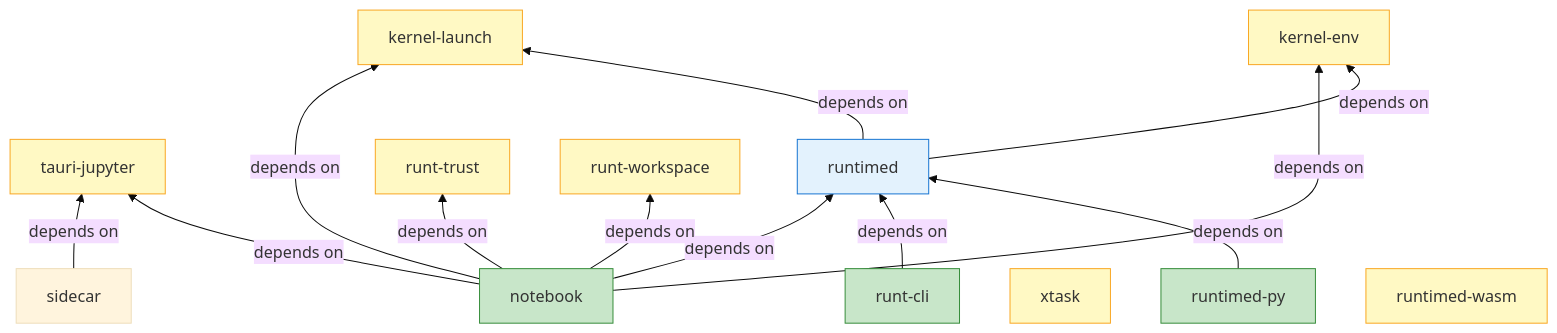
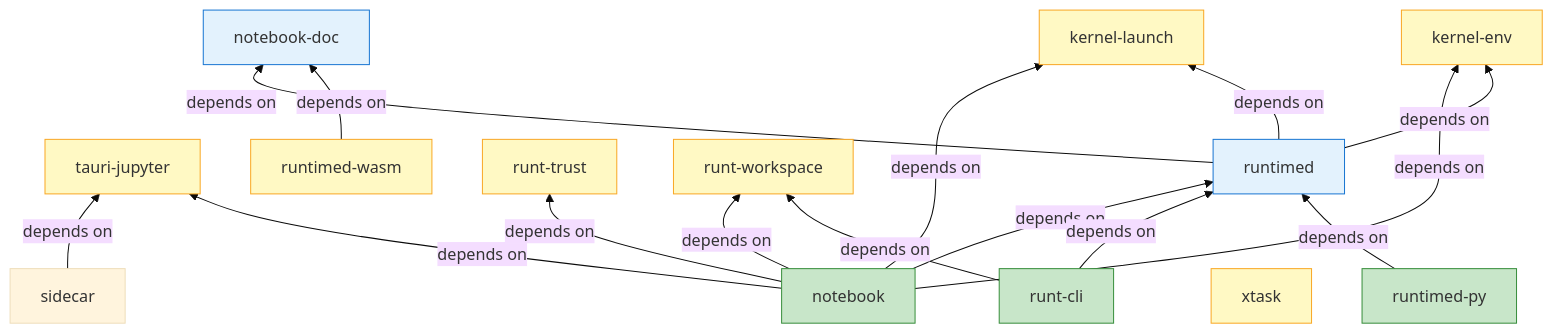
The third of 3 diagrams in contributing/build-dependencies.md (nteract/desktop), drawn with Mermaid (base theme) before and after one commit. The commit also changed other lines of this file and 2 other files, not shown here.

````diff
--- a/contributing/build-dependencies.md
+++ b/contributing/build-dependencies.md
@@ -95,36 +99,40 @@
 ```mermaid
 graph BT
     TJ["tauri-jupyter"]
     RD["runtimed"]
     SC["sidecar"]
     RC["runt-cli"]
     NB["notebook"]
+    ND["notebook-doc"]
     XT["xtask"]
     KL["kernel-launch"]
     KE["kernel-env"]
     RT["runt-trust"]
     RW["runt-workspace"]
     RDPY["runtimed-py"]
     RWASM["runtimed-wasm"]
 
     SC -->|"depends on"| TJ
     NB -->|"depends on"| TJ
     NB -->|"depends on"| RD
     NB -->|"depends on"| KL
     NB -->|"depends on"| KE
     NB -->|"depends on"| RT
     NB -->|"depends on"| RW
     RC -->|"depends on"| RD
+    RC -->|"depends on"| RW
+    RD -->|"depends on"| ND
     RD -->|"depends on"| KL
     RD -->|"depends on"| KE
     RDPY -->|"depends on"| RD
+    RWASM -->|"depends on"| ND
 
     classDef standalone fill:#fff9c4,stroke:#f9a825
     classDef leaf fill:#c8e6c9,stroke:#388e3c
     classDef shared fill:#e3f2fd,stroke:#1976d2
 
     class TJ,KL,KE,RT,RW,RWASM standalone
     class XT standalone
     class NB,RC,RDPY leaf
-    class RD shared
+    class RD,ND shared
 ```
````
